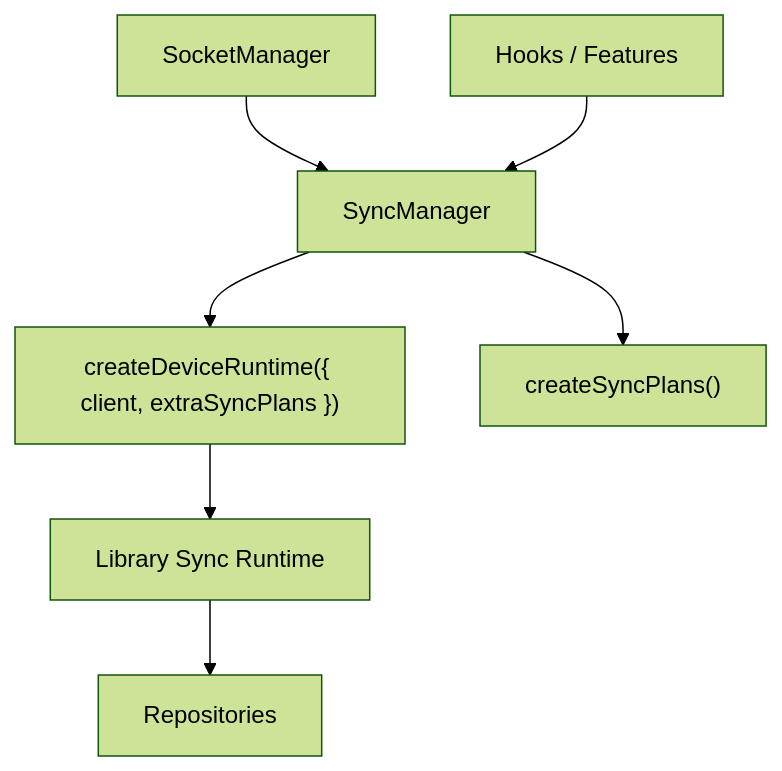
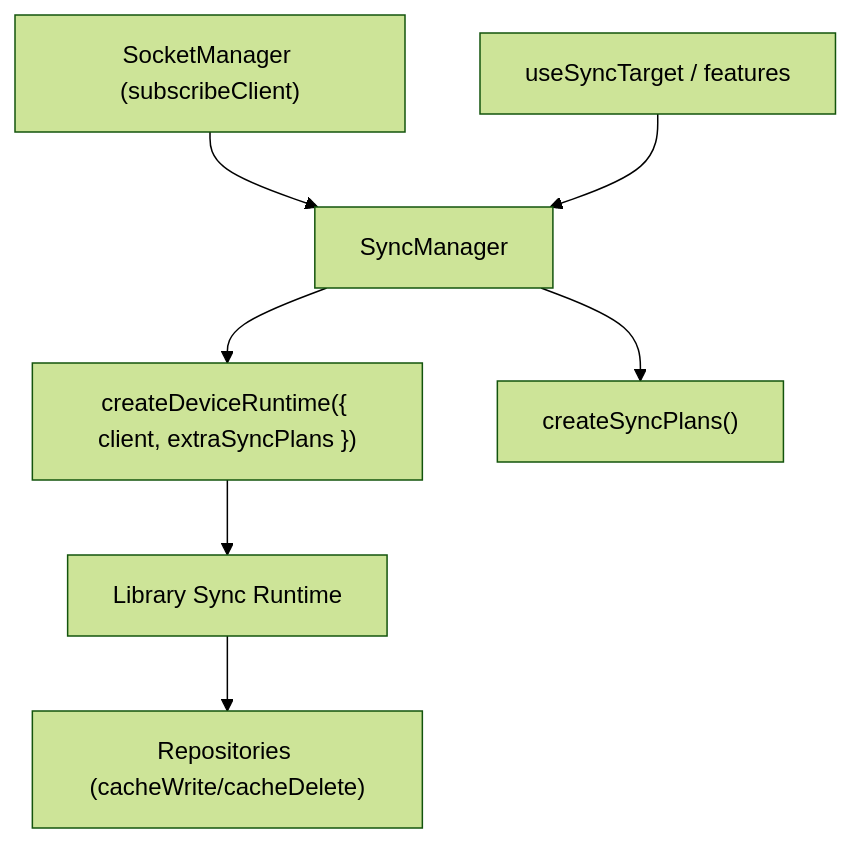
One commit to lemoncloud-io/dou-app changed the diagram in libs/app-runtime/docs/sync/README.md. Above: the diagram before and after it, drawn with Mermaid (forest theme). The commit also changed other lines of this file and 45 other files, not shown here.

First line of the commit message:
refactor(app-runtime): split socket/auth, relocate session hooks, tighten surface

````diff
--- a/libs/app-runtime/docs/sync/README.md
+++ b/libs/app-runtime/docs/sync/README.md
@@ -18,9 +15,9 @@
 ```mermaid
 flowchart TD
-  SocketManager["SocketManager"] --> SyncManager["SyncManager"]
+  SocketManager["SocketManager (subscribeClient)"] --> SyncManager["SyncManager"]
   SyncManager --> Runtime["createDeviceRuntime({ client, extraSyncPlans })"]
   SyncManager --> Plans["createSyncPlans()"]
   Runtime --> Scheduler["Library Sync Runtime"]
-  Scheduler --> Repos["Repositories"]
-  UI["Hooks / Features"] --> SyncManager
+  Scheduler --> Repos["Repositories (cacheWrite/cacheDelete)"]
+  UI["useSyncTarget / features"] --> SyncManager
 ```
````
